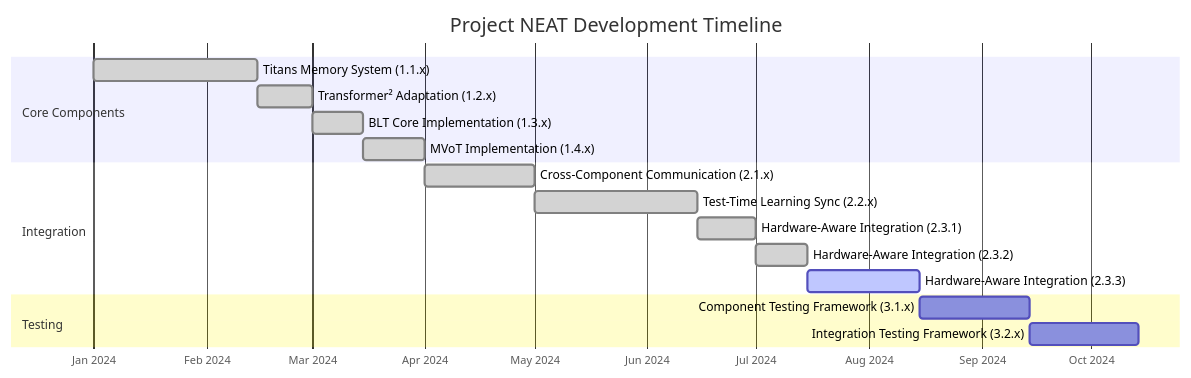
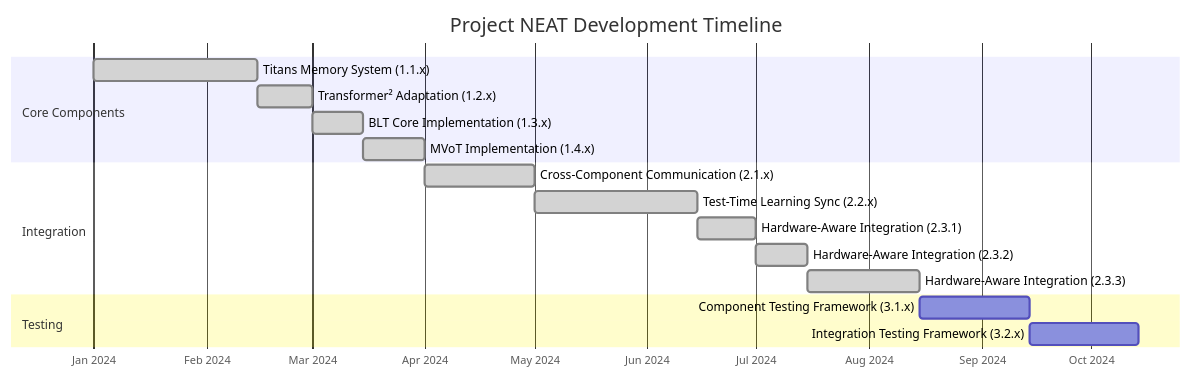
Before and after one commit to idlandes04/Project-NEAT: the second of 4 diagrams in README.md, drawn with Mermaid. The commit also changed other lines of this file and 16 other files, not shown here.

````diff
--- a/README.md
+++ b/README.md
@@ -80,23 +80,23 @@
 ```mermaid
 gantt
     title Project NEAT Development Timeline
     dateFormat  YYYY-MM-DD
     axisFormat %b %Y
     
     section Core Components
     Titans Memory System (1.1.x)       :done, titans, 2024-01-01, 2024-02-15
     Transformer² Adaptation (1.2.x)    :done, transformer2, 2024-02-15, 2024-03-01
     BLT Core Implementation (1.3.x)    :done, blt, 2024-03-01, 2024-03-15
     MVoT Implementation (1.4.x)        :done, mvot, 2024-03-15, 2024-04-01
     
     section Integration
     Cross-Component Communication (2.1.x) :done, comms, 2024-04-01, 2024-05-01
     Test-Time Learning Sync (2.2.x)       :done, ttl, 2024-05-01, 2024-06-15
     Hardware-Aware Integration (2.3.1)    :done, hwint1, 2024-06-15, 2024-07-01
     Hardware-Aware Integration (2.3.2)    :done, hwint2, 2024-07-01, 2024-07-15
-    Hardware-Aware Integration (2.3.3)    :active, hwint3, 2024-07-15, 2024-08-15
+    Hardware-Aware Integration (2.3.3)    :done, hwint3, 2024-07-15, 2024-08-15
     
     section Testing
     Component Testing Framework (3.1.x)    :ctest, after hwint3, 30d
     Integration Testing Framework (3.2.x)  :itest, after ctest, 30d
 ```
````
